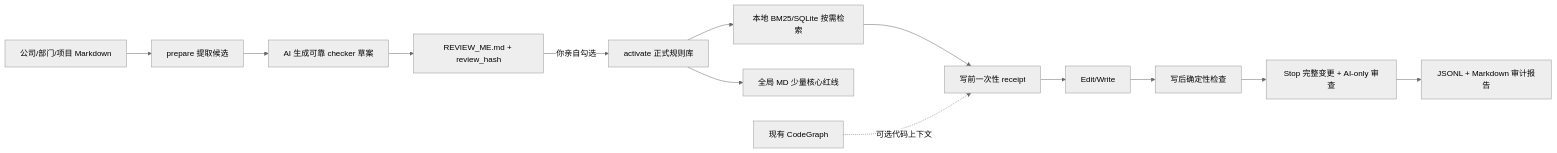
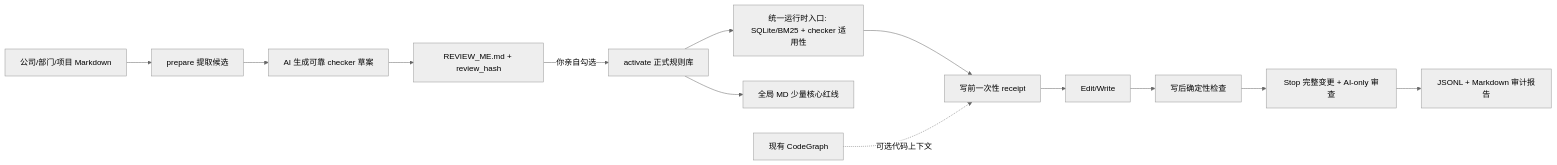
The diagram in instruction.md (520liyangzi/code-write), drawn with Mermaid (neutral theme) before and after one commit. The commit also changed other lines of this file and 21 other files, not shown here.

````diff
--- a/instruction.md
+++ b/instruction.md
@@ -7,15 +19,15 @@
 ```mermaid
 flowchart LR
     A[公司/部门/项目 Markdown] --> B[prepare 提取候选]
     B --> C[AI 生成可靠 checker 草案]
     C --> D[REVIEW_ME.md + review_hash]
     D -->|你亲自勾选| E[activate 正式规则库]
-    E --> F[本地 BM25/SQLite 按需检索]
+    E --> F[统一运行时入口: SQLite/BM25 + checker 适用性]
     E --> G[全局 MD 少量核心红线]
     F --> H[写前一次性 receipt]
     H --> I[Edit/Write]
     I --> J[写后确定性检查]
     J --> K[Stop 完整变更 + AI-only 审查]
     K --> L[JSONL + Markdown 审计报告]
     M[现有 CodeGraph] -. 可选代码上下文 .-> H
 ```
````
